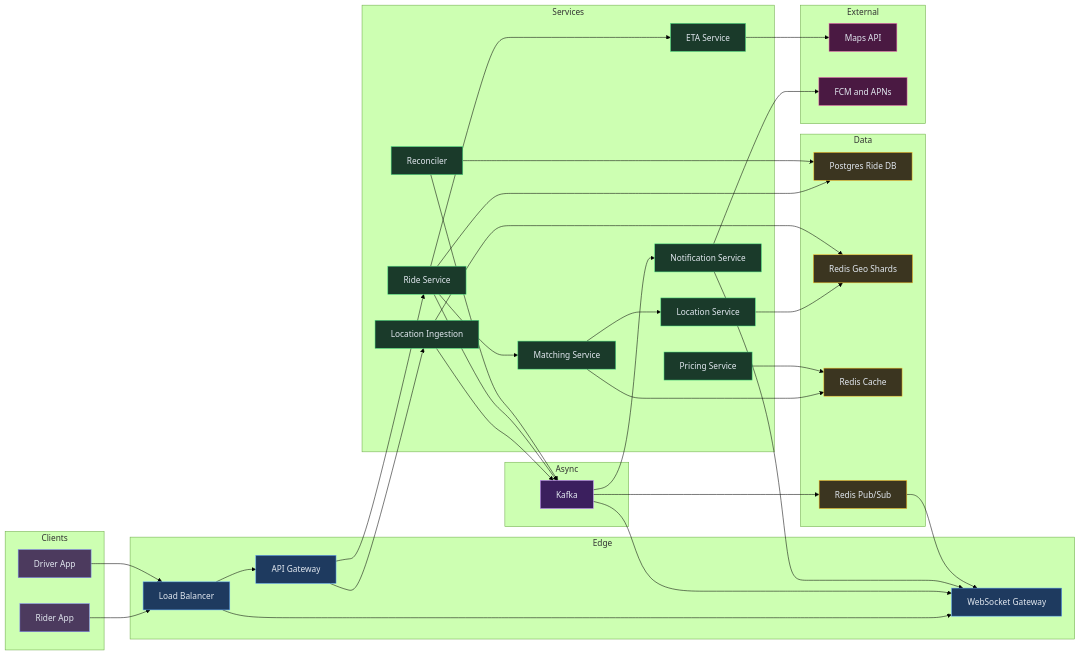
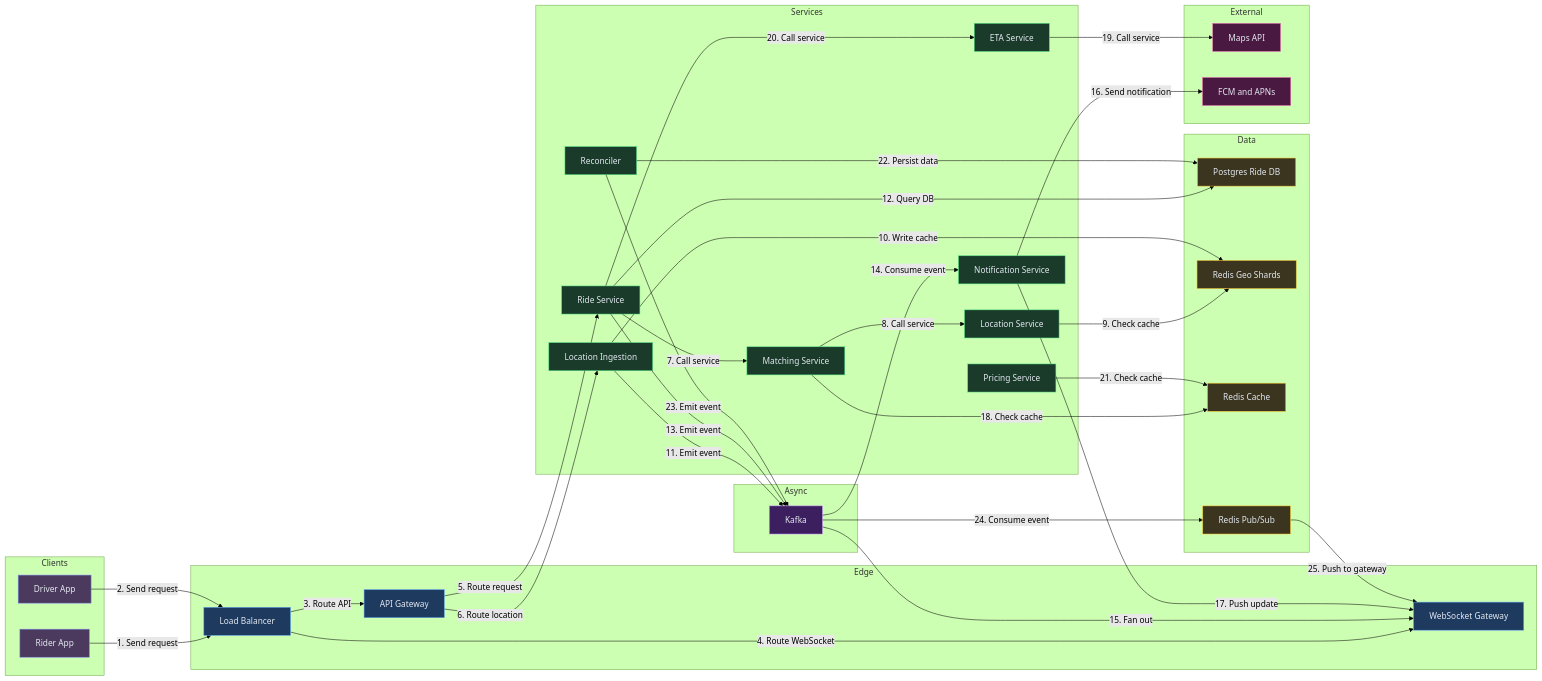
One commit to iluzn/HLD-Designs changed diagram 11 of 11 in content/hld/Uber.md. Above: the diagram before and after it, drawn with Mermaid (forest theme). The commit also changed other lines of this file and 27 other files, not shown here.

````diff
--- a/content/hld/Uber.md
+++ b/content/hld/Uber.md
@@ -660,73 +660,73 @@
 ```mermaid
 flowchart LR
     subgraph Clients
         RA["Rider App"]:::client
         DA["Driver App"]:::client
     end
 
     subgraph Edge
         LB["Load Balancer"]:::edge
         GW["API Gateway"]:::edge
         WSG["WebSocket Gateway"]:::edge
     end
 
     subgraph Services
         RS["Ride Service"]:::service
         MS["Matching Service"]:::service
         LI["Location Ingestion"]:::service
         LS["Location Service"]:::service
         NS["Notification Service"]:::service
         PS["Pricing Service"]:::service
         ETA["ETA Service"]:::service
         REC["Reconciler"]:::service
     end
 
     subgraph Async
         KF["Kafka"]:::async
     end
 
     subgraph Data
         PG["Postgres Ride DB"]:::data
         RG["Redis Geo Shards"]:::data
         RC["Redis Cache"]:::data
         RPS["Redis Pub/Sub"]:::data
     end
 
     subgraph External
         MAPS["Maps API"]:::external
         FCM["FCM and APNs"]:::external
     end
 
-    RA --> LB
-    DA --> LB
-    LB --> GW
-    LB --> WSG
-    GW --> RS
-    GW --> LI
-    RS --> MS
-    MS --> LS
-    LS --> RG
-    LI --> RG
-    LI --> KF
-    RS --> PG
-    RS --> KF
-    KF --> NS
-    KF --> WSG
-    NS --> FCM
-    NS --> WSG
-    MS --> RC
-    ETA --> MAPS
-    RS --> ETA
-    PS --> RC
-    REC --> PG
-    REC --> KF
-    KF --> RPS
-    RPS --> WSG
+    RA -->|"1. Send request"| LB
+    DA -->|"2. Send request"| LB
+    LB -->|"3. Route API"| GW
+    LB -->|"4. Route WebSocket"| WSG
+    GW -->|"5. Route request"| RS
+    GW -->|"6. Route location"| LI
+    RS -->|"7. Call service"| MS
+    MS -->|"8. Call service"| LS
+    LS -->|"9. Check cache"| RG
+    LI -->|"10. Write cache"| RG
+    LI -->|"11. Emit event"| KF
+    RS -->|"12. Query DB"| PG
+    RS -->|"13. Emit event"| KF
+    KF -->|"14. Consume event"| NS
+    KF -->|"15. Fan out"| WSG
+    NS -->|"16. Send notification"| FCM
+    NS -->|"17. Push update"| WSG
+    MS -->|"18. Check cache"| RC
+    ETA -->|"19. Call service"| MAPS
+    RS -->|"20. Call service"| ETA
+    PS -->|"21. Check cache"| RC
+    REC -->|"22. Persist data"| PG
+    REC -->|"23. Emit event"| KF
+    KF -->|"24. Consume event"| RPS
+    RPS -->|"25. Push to gateway"| WSG
 
     classDef client fill:#4c3a5e,stroke:#818cf8,color:#e2e8f0
     classDef edge fill:#1e3a5f,stroke:#60a5fa,color:#e2e8f0
     classDef service fill:#1a3a2a,stroke:#4ade80,color:#e2e8f0
     classDef async fill:#3b1f5e,stroke:#c084fc,color:#e2e8f0
     classDef data fill:#3b3520,stroke:#fbbf24,color:#e2e8f0
     classDef external fill:#4a1942,stroke:#f472b6,color:#e2e8f0
 ```
````
